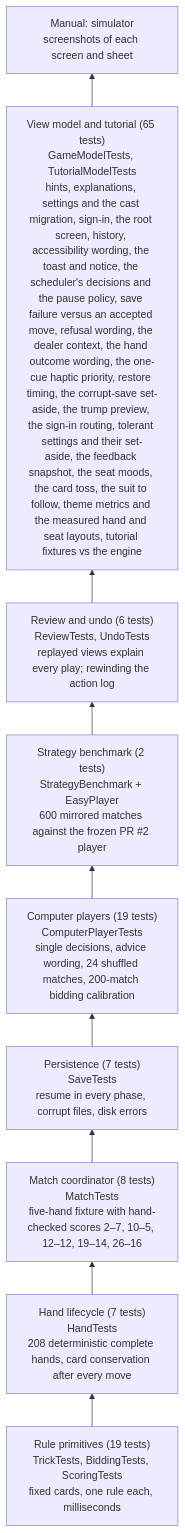
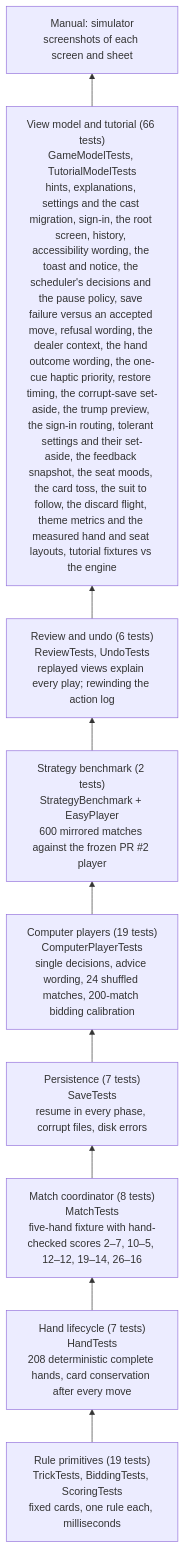
One commit to cmurphy1140/catch-5 changed the first of 2 diagrams in docs/testing.md. Above: the diagram before and after it, drawn with Mermaid. The commit also changed other lines of this file and 7 other files, not shown here.

````diff
--- a/docs/testing.md
+++ b/docs/testing.md
@@ -40,13 +40,13 @@
 ```mermaid
 flowchart BT
     L1["Rule primitives (19 tests)<br/>TrickTests, BiddingTests, ScoringTests<br/>fixed cards, one rule each, milliseconds"]
     L2["Hand lifecycle (7 tests)<br/>HandTests<br/>208 deterministic complete hands, card conservation after every move"]
     L3["Match coordinator (8 tests)<br/>MatchTests<br/>five-hand fixture with hand-checked scores 2–7, 10–5, 12–12, 19–14, 26–16"]
     L4["Persistence (7 tests)<br/>SaveTests<br/>resume in every phase, corrupt files, disk errors"]
     L5["Computer players (19 tests)<br/>ComputerPlayerTests<br/>single decisions, advice wording, 24 shuffled matches, 200-match bidding calibration"]
     L5b["Strategy benchmark (2 tests)<br/>StrategyBenchmark + EasyPlayer<br/>600 mirrored matches against the frozen PR #2 player"]
     L5c["Review and undo (6 tests)<br/>ReviewTests, UndoTests<br/>replayed views explain every play; rewinding the action log"]
-    L6["View model and tutorial (65 tests)<br/>GameModelTests, TutorialModelTests<br/>hints, explanations, settings and the cast migration, sign-in, the root screen, history, accessibility wording, the toast and notice, the scheduler's decisions and the pause policy, save failure versus an accepted move, refusal wording, the dealer context, the hand outcome wording, the one-cue haptic priority, restore timing, the corrupt-save set-aside, the trump preview, the sign-in routing, tolerant settings and their set-aside, the feedback snapshot, the seat moods, the card toss, the suit to follow, theme metrics and the measured hand and seat layouts, tutorial fixtures vs the engine"]
+    L6["View model and tutorial (66 tests)<br/>GameModelTests, TutorialModelTests<br/>hints, explanations, settings and the cast migration, sign-in, the root screen, history, accessibility wording, the toast and notice, the scheduler's decisions and the pause policy, save failure versus an accepted move, refusal wording, the dealer context, the hand outcome wording, the one-cue haptic priority, restore timing, the corrupt-save set-aside, the trump preview, the sign-in routing, tolerant settings and their set-aside, the feedback snapshot, the seat moods, the card toss, the suit to follow, the discard flight, theme metrics and the measured hand and seat layouts, tutorial fixtures vs the engine"]
     L7["Manual: simulator<br/>screenshots of each screen and sheet"]
     L1 --> L2 --> L3 --> L4 --> L5 --> L5b --> L5c --> L6 --> L7
 ```
````
